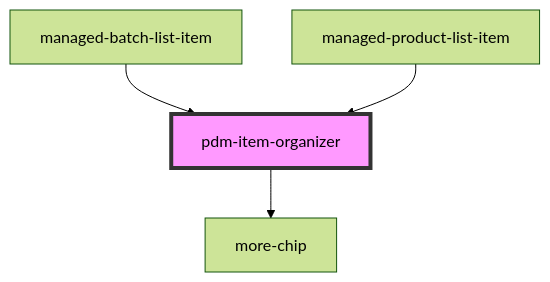
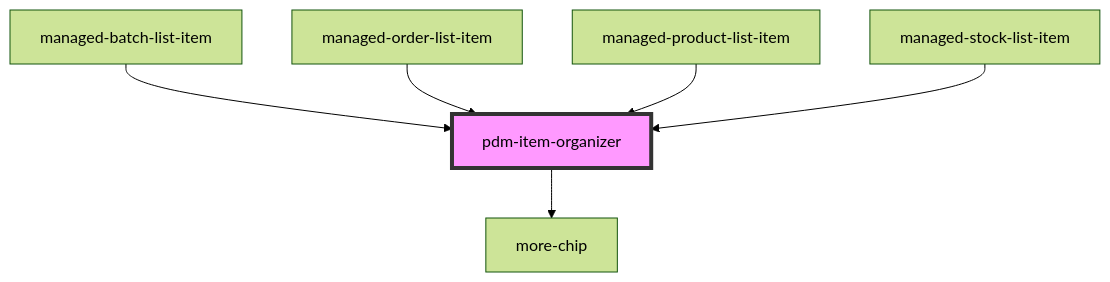
The diagram in pdm-web-components/src/components/pdm-item-organizer/readme.md (PharmaLedger-IMI/fgt-workspace), drawn with Mermaid (forest theme) before and after one commit. The commit also changed other lines of this file and 26 other files, not shown here.

````diff
--- a/pdm-web-components/src/components/pdm-item-organizer/readme.md
+++ b/pdm-web-components/src/components/pdm-item-organizer/readme.md
@@ -32,7 +34,9 @@
 ```mermaid
 graph TD;
   pdm-item-organizer --> more-chip
   managed-batch-list-item --> pdm-item-organizer
+  managed-order-list-item --> pdm-item-organizer
   managed-product-list-item --> pdm-item-organizer
+  managed-stock-list-item --> pdm-item-organizer
   style pdm-item-organizer fill:#f9f,stroke:#333,stroke-width:4px
 ```
````
